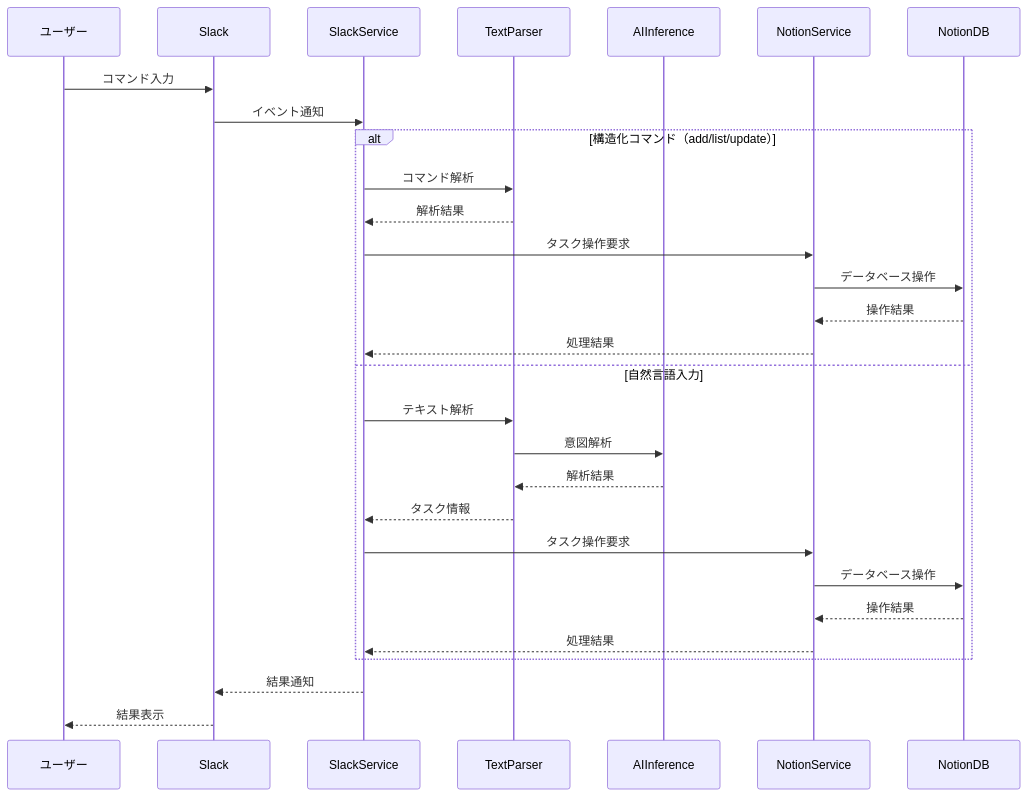
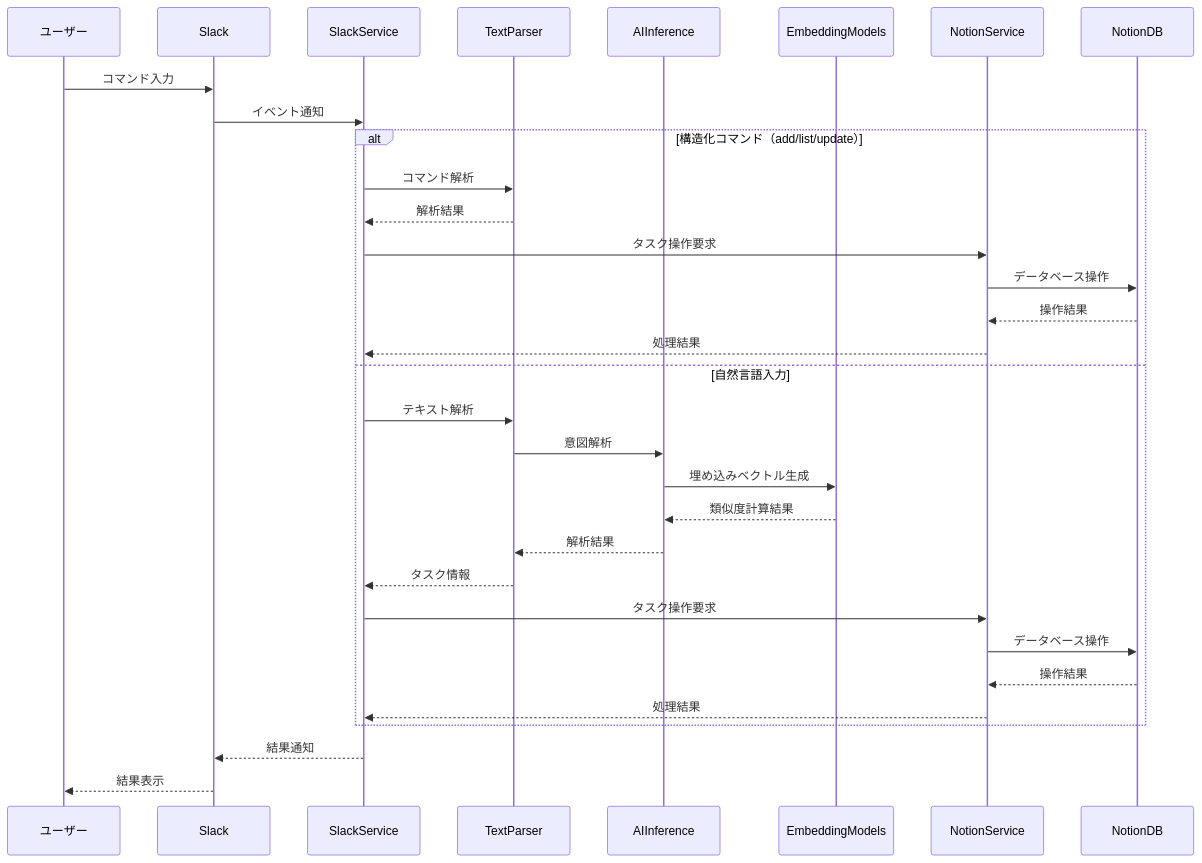
One commit to YL08140921/Task-Manager-for-Slack-bot changed the fourth of 4 diagrams in docs/システム概要.md. Above: the diagram before and after it, drawn with Mermaid.

Commit message:
システム概要のdocs-修正

````diff
--- a/docs/システム概要.md
+++ b/docs/システム概要.md
@@ -176,34 +176,37 @@
 ```mermaid
 sequenceDiagram
     participant User as ユーザー
     participant Slack
     participant SS as SlackService
     participant TP as TextParser
     participant AI as AIInference
+    participant EM as EmbeddingModels
     participant NS as NotionService
     participant Notion as NotionDB
 
     User->>Slack: コマンド入力
     Slack->>SS: イベント通知
 
     alt 構造化コマンド（add/list/update）
         SS->>TP: コマンド解析
         TP-->>SS: 解析結果
         SS->>NS: タスク操作要求
         NS->>Notion: データベース操作
         Notion-->>NS: 操作結果
         NS-->>SS: 処理結果
     else 自然言語入力
         SS->>TP: テキスト解析
         TP->>AI: 意図解析
+        AI->>EM: 埋め込みベクトル生成
+        EM-->>AI: 類似度計算結果
         AI-->>TP: 解析結果
         TP-->>SS: タスク情報
         SS->>NS: タスク操作要求
         NS->>Notion: データベース操作
         Notion-->>NS: 操作結果
         NS-->>SS: 処理結果
     end
 
     SS-->>Slack: 結果通知
     Slack-->>User: 結果表示
 ```
````
